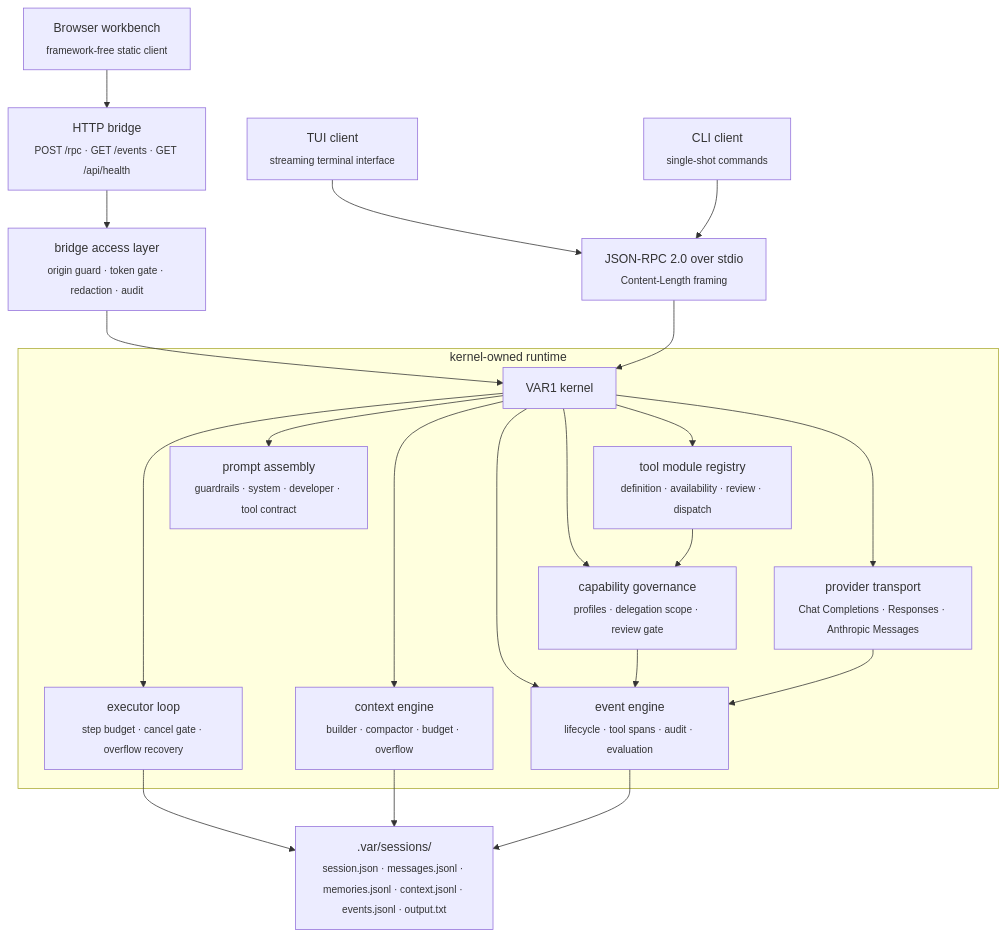
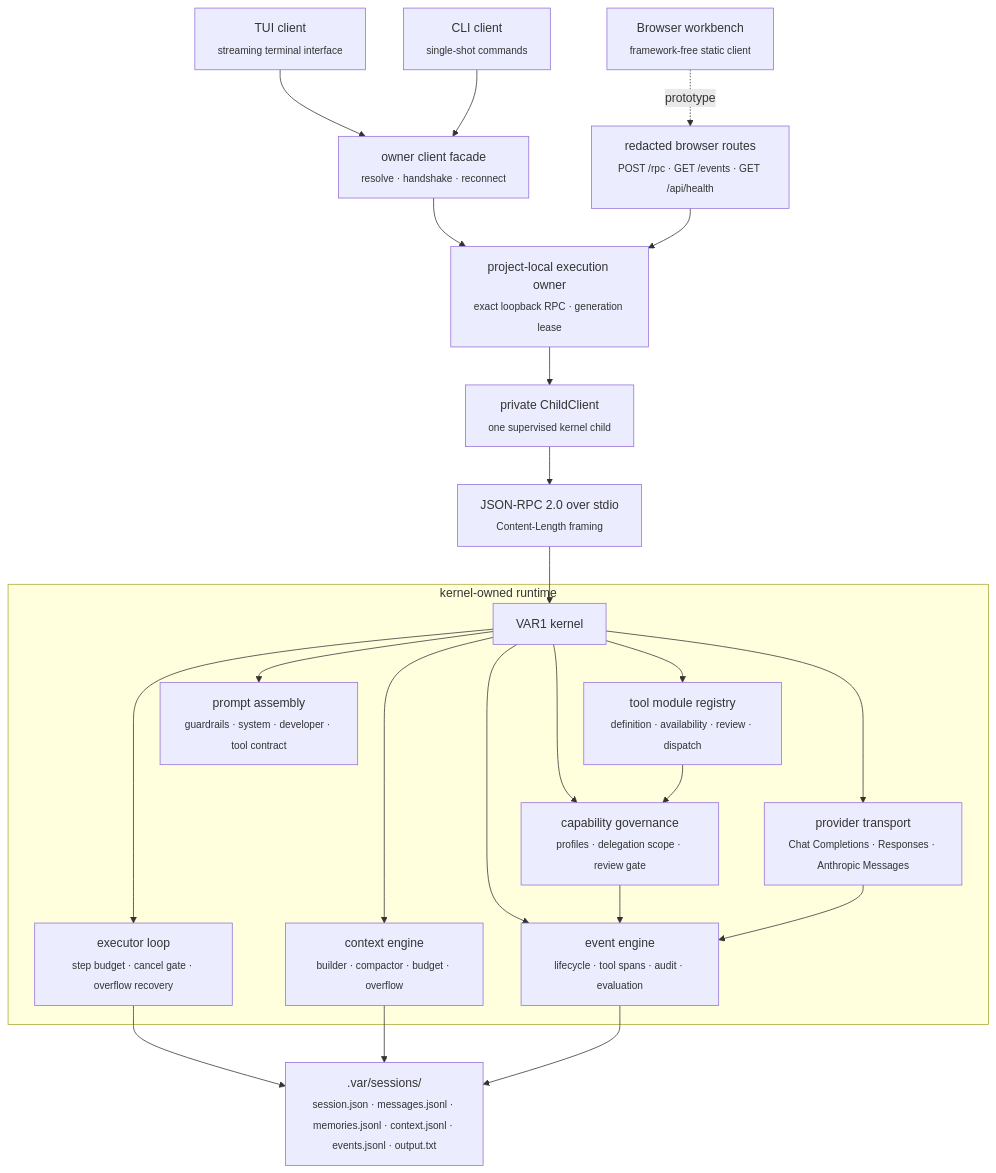
Before and after one commit to savageops/VANTARI-ONE: the first of 4 diagrams in README.md, drawn with Mermaid. The commit also changed other lines of this file and 34 other files, not shown here.

Commit message:
feat: persist the execution owner

````diff
--- a/README.md
+++ b/README.md
@@ -107,30 +107,31 @@
 ```mermaid
 flowchart TB
   tui["TUI client<br/><sub>streaming terminal interface</sub>"]
   cli["CLI client<br/><sub>single-shot commands</sub>"]
   browser["Browser workbench<br/><sub>framework-free static client</sub>"]
-  tui --> stdio["JSON-RPC 2.0 over stdio<br/><sub>Content-Length framing</sub>"]
-  cli --> stdio
-  browser --> bridge["HTTP bridge<br/><sub>POST /rpc · GET /events · GET /api/health</sub>"]
-
-  bridge --> access["bridge access layer<br/><sub>origin guard · token gate · redaction · audit</sub>"]
-  access --> kernel
+  tui --> facade["owner client facade<br/><sub>resolve · handshake · reconnect</sub>"]
+  cli --> facade
+  facade --> owner["project-local execution owner<br/><sub>exact loopback RPC · generation lease</sub>"]
+  browser -.->|prototype| bridge["redacted browser routes<br/><sub>POST /rpc · GET /events · GET /api/health</sub>"]
+  bridge --> owner
+  owner --> child["private ChildClient<br/><sub>one supervised kernel child</sub>"]
+  child --> stdio["JSON-RPC 2.0 over stdio<br/><sub>Content-Length framing</sub>"]
   stdio --> kernel["VAR1 kernel"]
 
   subgraph core["kernel-owned runtime"]
     kernel --> executor["executor loop<br/><sub>step budget · cancel gate · overflow recovery</sub>"]
     kernel --> context["context engine<br/><sub>builder · compactor · budget · overflow</sub>"]
     kernel --> toolruntime["tool module registry<br/><sub>definition · availability · review · dispatch</sub>"]
     kernel --> governance["capability governance<br/><sub>profiles · delegation scope · review gate</sub>"]
     kernel --> prompts["prompt assembly<br/><sub>guardrails · system · developer · tool contract</sub>"]
     kernel --> provider["provider transport<br/><sub>Chat Completions · Responses · Anthropic Messages</sub>"]
     kernel --> events["event engine<br/><sub>lifecycle · tool spans · audit · evaluation</sub>"]
   end
 
   executor --> store[".var/sessions/<br/><sub>session.json · messages.jsonl · memories.jsonl · context.jsonl · events.jsonl · output.txt</sub>"]
   context --> store
   events --> store
   governance --> events
   toolruntime --> governance
   provider --> events
 ```
````
